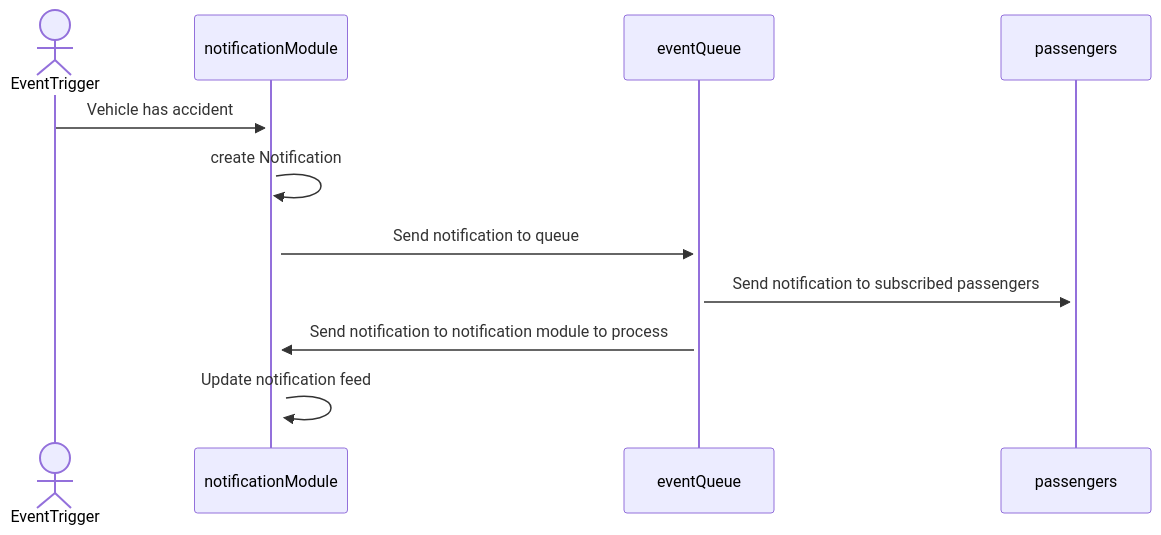
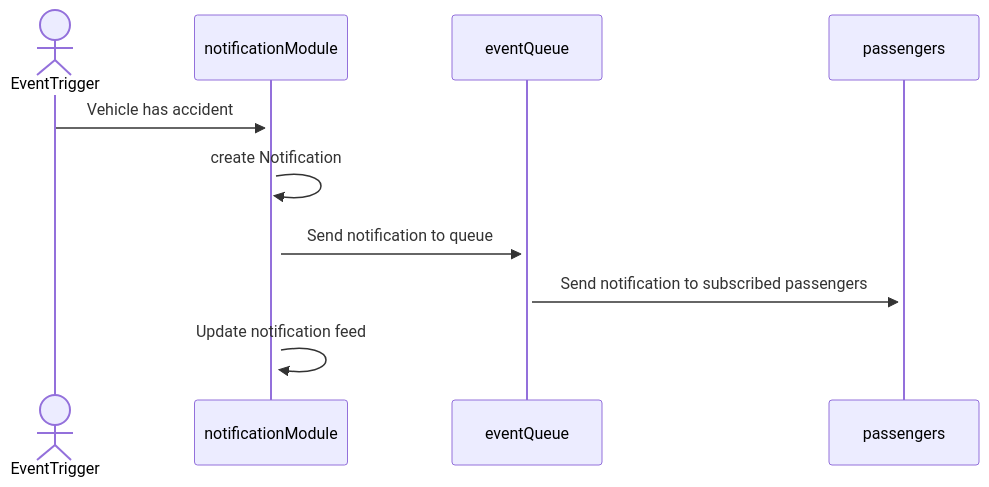
The fourth of 4 diagrams in docs/Diagram.md (MoveSmartGFT/bus-data-manager-new), drawn with Mermaid before and after one commit. The commit also changed other lines of this file, not shown here.

Commit message:
-Updated diagram with three cases: accident, stop arrival and vehicle position update

````diff
--- a/docs/Diagram.md
+++ b/docs/Diagram.md
@@ -223,15 +237,14 @@
 ```mermaid
 sequenceDiagram
     actor EventTrigger
     participant notificationModule
     participant eventQueue
     participant passengers
 
 
     EventTrigger ->> +notificationModule: Vehicle has accident
     notificationModule ->> +notificationModule: create Notification
     notificationModule ->> +eventQueue: Send notification to queue
     eventQueue ->> +passengers: Send notification to subscribed passengers
-    eventQueue ->> +notificationModule: Send notification to notification module to process
     notificationModule ->> +notificationModule: Update notification feed
 ```
````
